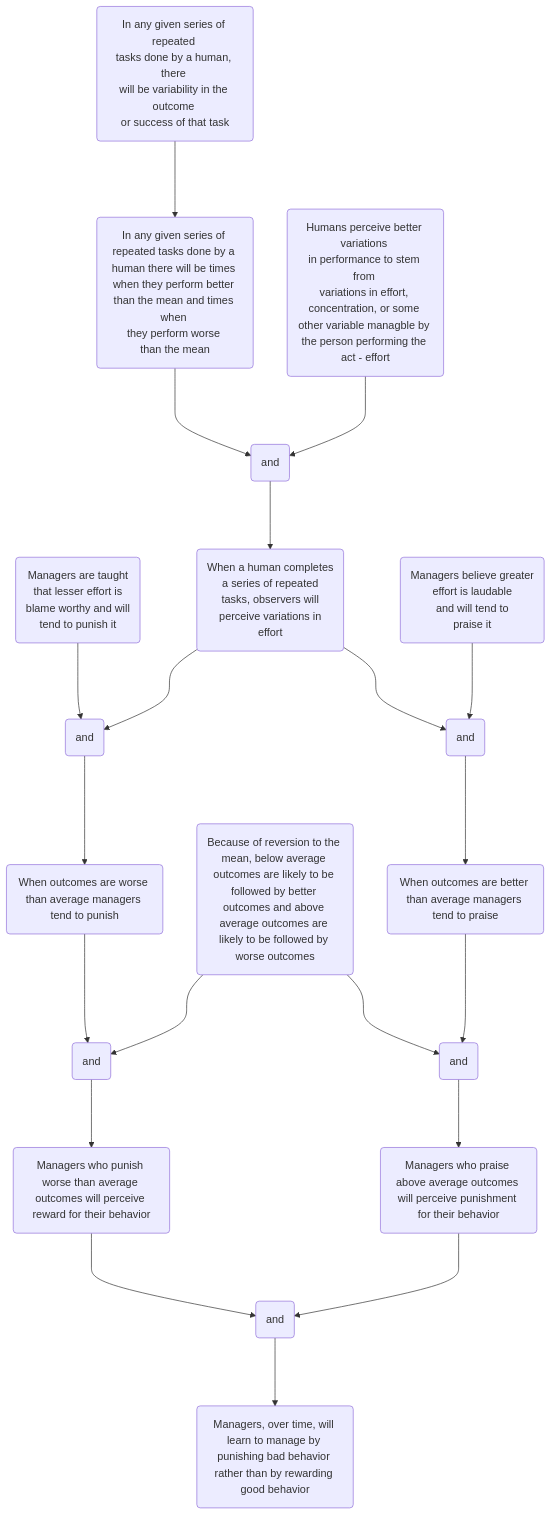
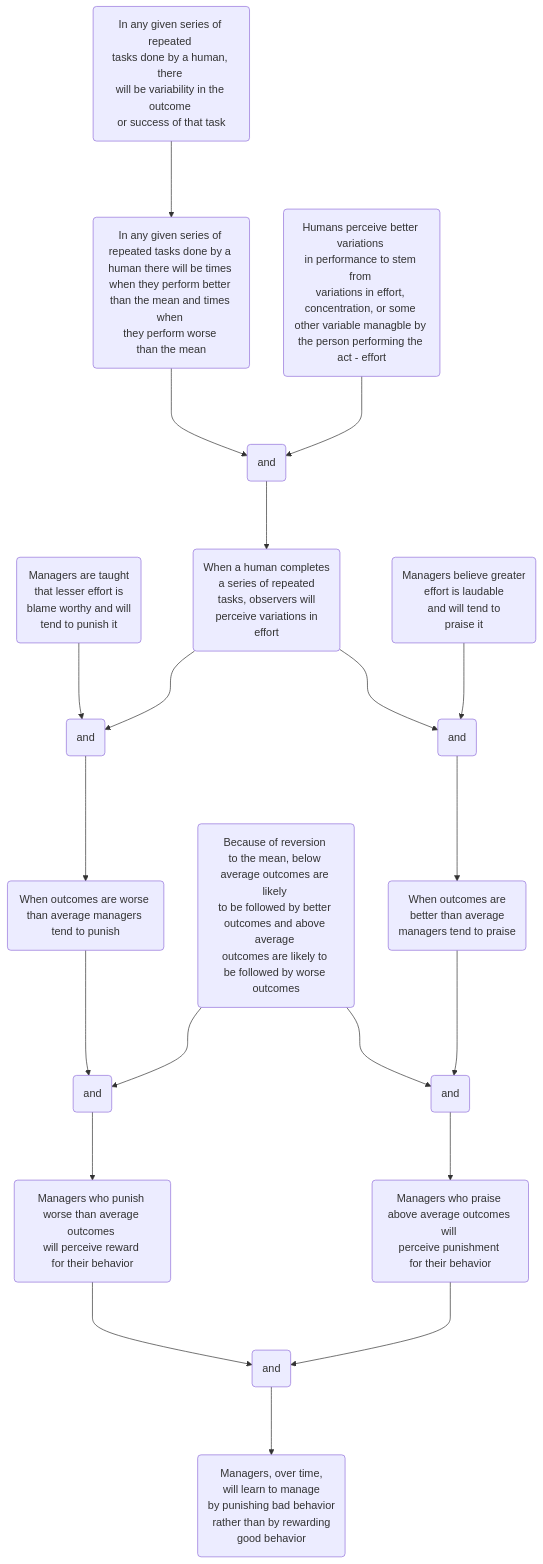
One commit to hwetsman/TOC_Trees changed the diagram in Why_Managers_Learn_To_Manage_Negatively.md. Above: the diagram before and after it, drawn with Mermaid.

Commit message:
Refactor: first draft of all breaks

`````diff
--- a/Why_Managers_Learn_To_Manage_Negatively.md
+++ b/Why_Managers_Learn_To_Manage_Negatively.md
@@ -1,41 +1,41 @@
 ```mermaid
 flowchart TB
 
 human_variability(In any given series of repeated <br>tasks done by a human, there <br>will be variability in the outcome <br>or success of that task)
 above_and_below(In any given series of <br>repeated tasks done by a <br>human there will be times <br>when they perform better <br>than the mean and times when <br>they perform worse <br>than the mean)
   human_variability--->above_and_below
 human_perception(Humans perceive better variations <br>in performance to stem from <br>variations in effort, <br>concentration, or some <br>other variable managble by <br>the person performing the <br>act - effort)
   and1(and)
   above_and_below--->and1
   human_perception--->and1
   lesser_effort(Managers are taught <br>that lesser effort is <br>blame worthy and will <br>tend to punish it)
   observer_perception(When a human completes <br>a series of repeated <br>tasks, observers will <br>perceive variations in <br>effort)
     and1--->observer_perception
   managers_belief(Managers believe greater <br>effort is laudable <br>and will tend to <br>praise it)
     and2(and)
     and3(and)
     observer_perception--->and2
     observer_perception--->and3
       lesser_effort--->and2
       managers_belief--->and3
     worse_outcomes(When outcomes are worse than average managers tend to punish)
       and2--->worse_outcomes
-    reversion(Because of reversion to the mean, below average outcomes are likely to be followed by better outcomes and above average outcomes are likely to be followed by worse outcomes)
-    better_outcomes(When outcomes are better than average managers tend to praise)
+    reversion(Because of reversion <br>to the mean, below <br>average outcomes are likely <br>to be followed by better <br>outcomes and above average <br>outcomes are likely to <br>be followed by worse outcomes)
+    better_outcomes(When outcomes are <br>better than average <br>managers tend to praise)
       and3--->better_outcomes
       and4(and)
       and5(and)
         worse_outcomes--->and4
         reversion--->and4
         reversion--->and5
         better_outcomes--->and5
-      managers_punish(Managers who punish worse than average outcomes will perceive reward for their behavior)
+      managers_punish(Managers who punish <br>worse than average outcomes <br>will perceive reward <br>for their behavior)
         and4--->managers_punish
-      managers_praise(Managers who praise above average outcomes will perceive punishment for their behavior)
+      managers_praise(Managers who praise <br>above average outcomes will <br>perceive punishment <br>for their behavior)
         and5--->managers_praise
         and6(and)
           managers_punish--->and6
           managers_praise--->and6
-        managers_over_time(Managers, over time, will learn to manage by punishing bad behavior rather than by rewarding good behavior)
+        managers_over_time(Managers, over time, <br>will learn to manage <br>by punishing bad behavior <br>rather than by rewarding <br>good behavior)
           and6--->managers_over_time
 ````
`````
